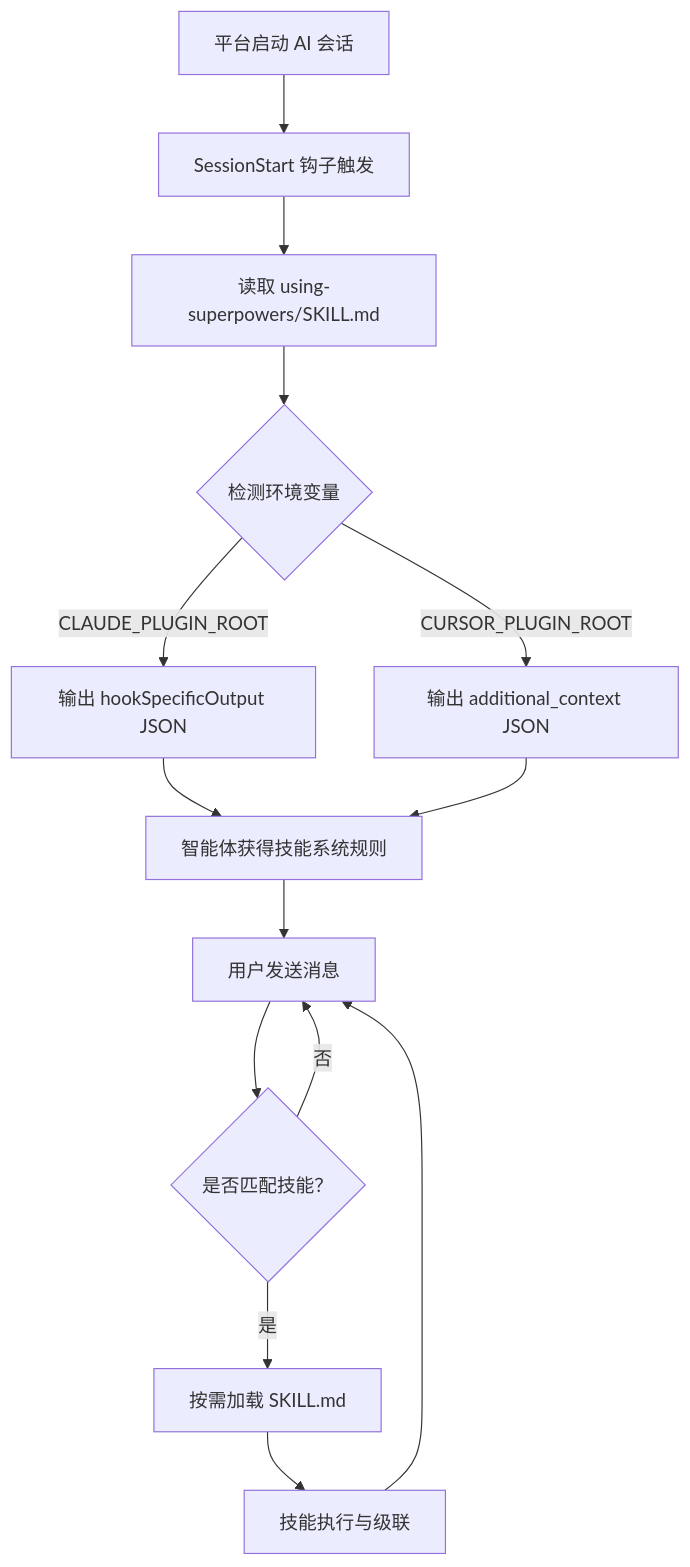
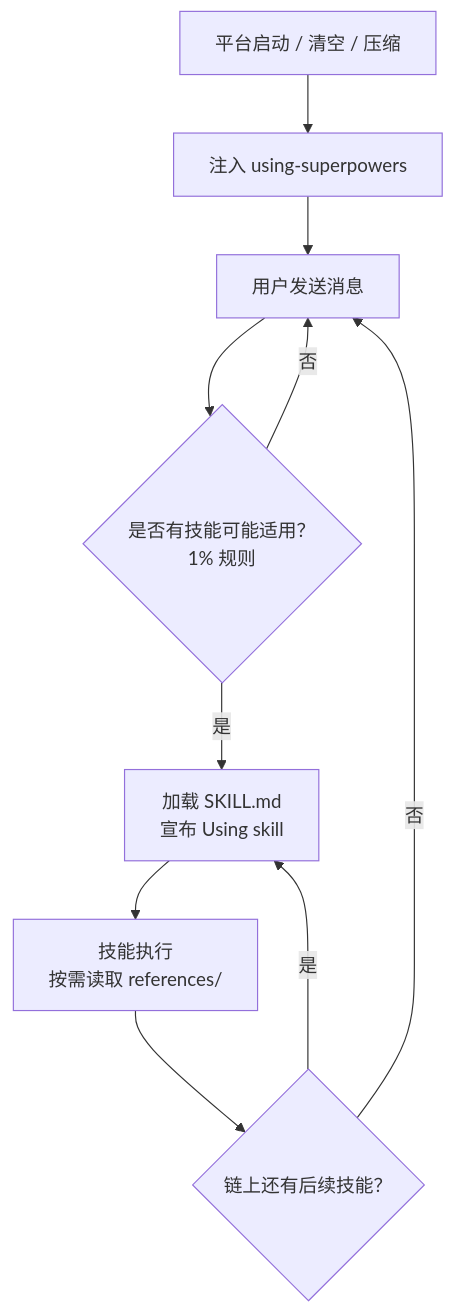
One commit to yongnianliu/superpowers changed the third of 5 diagrams in docs/zh/02-architecture.md. Above: the diagram before and after it, drawn with Mermaid. The commit also changed other lines of this file and 12 other files, not shown here.

````diff
--- a/docs/zh/02-architecture.md
+++ b/docs/zh/02-architecture.md
@@ -103,16 +125,12 @@
 ```mermaid
 flowchart TD
-    S1[平台启动 AI 会话] --> S2[SessionStart 钩子触发]
-    S2 --> S3[读取 using-superpowers/SKILL.md]
-    S3 --> S4{检测环境变量}
-    S4 -->|CLAUDE_PLUGIN_ROOT| S5A["输出 hookSpecificOutput JSON"]
-    S4 -->|CURSOR_PLUGIN_ROOT| S5B["输出 additional_context JSON"]
-    S5A --> S6[智能体获得技能系统规则]
-    S5B --> S6
-    S6 --> S7[用户发送消息]
-    S7 --> S8{是否匹配技能？}
-    S8 -->|否| S7
-    S8 -->|是| S9[按需加载 SKILL.md]
-    S9 --> S10[技能执行与级联]
-    S10 --> S7
+    S1[平台启动 / 清空 / 压缩] --> S2[注入 using-superpowers]
+    S2 --> S3[用户发送消息]
+    S3 --> S4{是否有技能可能适用？<br/>1% 规则}
+    S4 -->|否| S3
+    S4 -->|是| S5[加载 SKILL.md<br/>宣布 Using skill]
+    S5 --> S6[技能执行<br/>按需读取 references/]
+    S6 --> S7{链上还有后续技能？}
+    S7 -->|是| S5
+    S7 -->|否| S3
 ```
````
